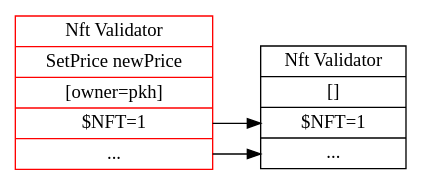
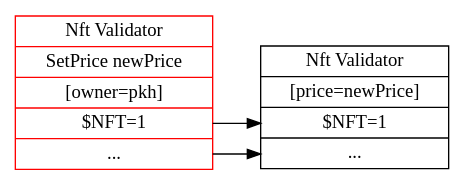
The diagram in nftsetpricespec.dot (mlabs-haskell/spec), drawn with Graphviz before and after one commit. The commit also changed 2 other files, not shown here.

```diff
--- a/nftsetpricespec.dot
+++ b/nftsetpricespec.dot
@@ -1,29 +1,29 @@
 digraph SetPrice {
   rankdir=LR;
   node [shape="record"];
 
   // inputs
   Nft_In [color=red,label=
     "{{
     Nft Validator
     | SetPrice newPrice
     | [owner=pkh]
     |<v1> $NFT=1
     |<vr> ...
     }}"
   ];
 
   // outputs
   Nft_Out [label=
     "{{
     Nft Validator
-    | []
+    | [price=newPrice]
     | <v1> $NFT=1
     | <vr> ...
     }}"
   ];
 
   // value flow
   Nft_In:v1 -> Nft_Out:v1
   Nft_In:vr -> Nft_Out:vr
 }
```
